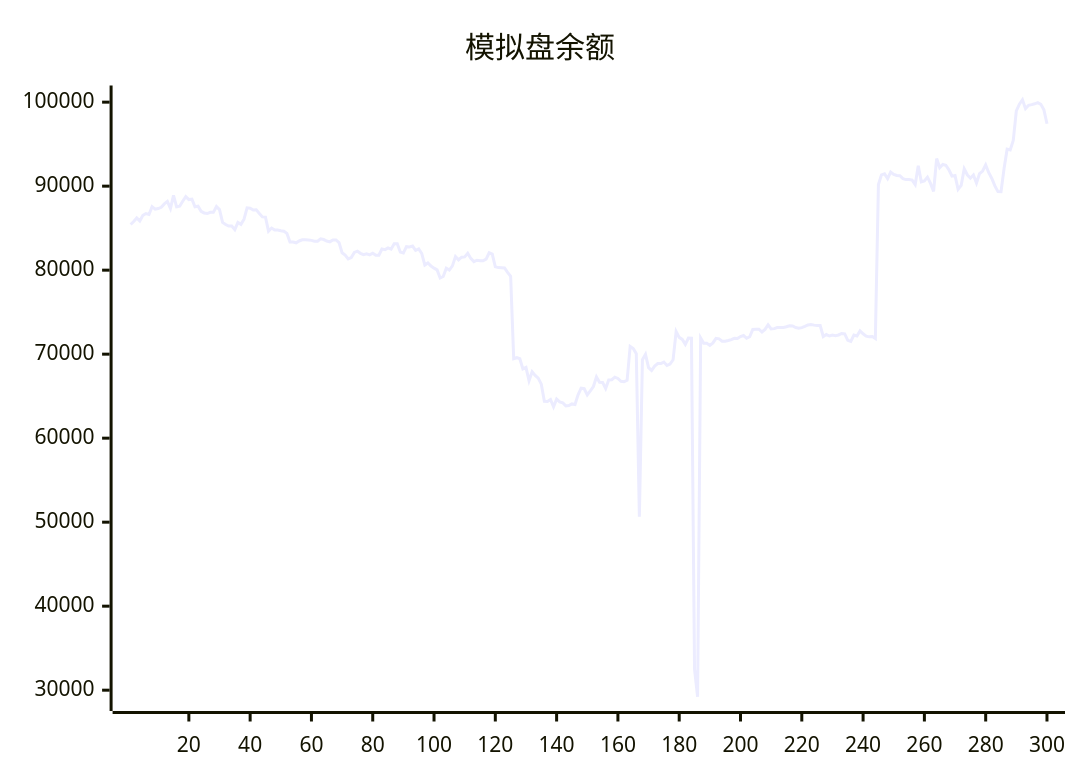
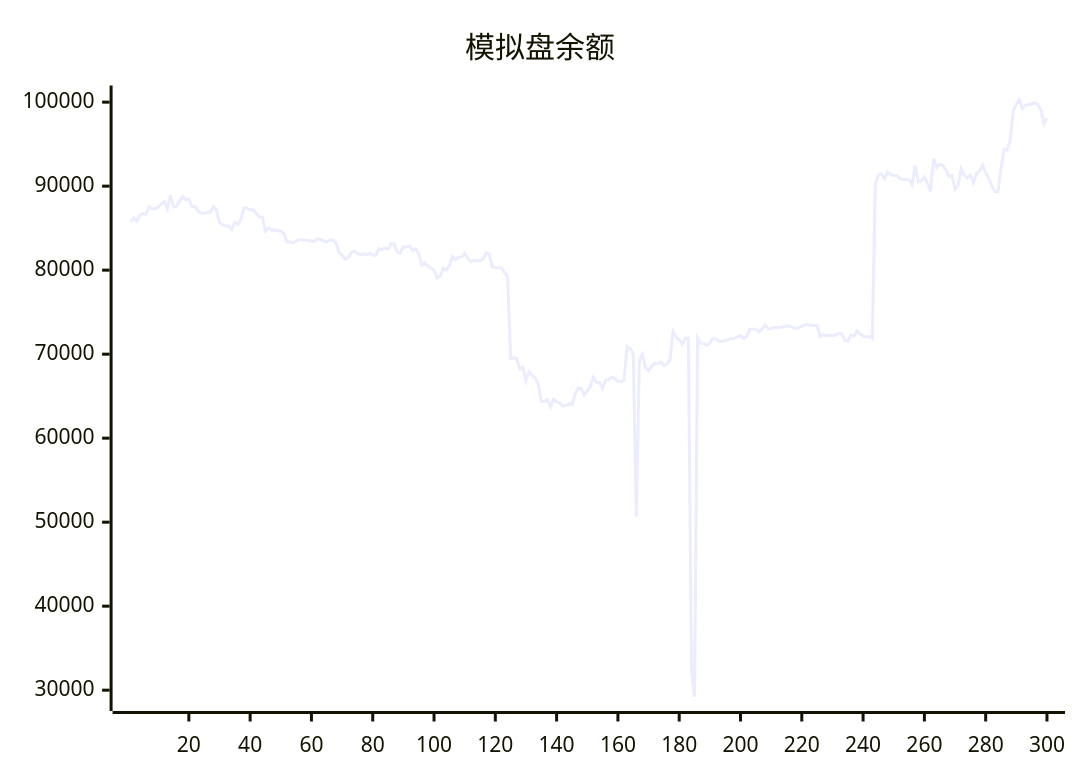
One commit to aahl/ai-trading changed the diagram in README.md. Above: the diagram before and after it, drawn with Mermaid. The commit also changed other lines of this file and 1 other file, not shown here.

````diff
--- a/README.md
+++ b/README.md
@@ -5,5 +5,5 @@
 ```mermaid
 xychart
     title "模拟盘余额"
-    line [85437,85787,86219,85859,86526,86740,86630,87563,87264,87335,87483,87886,88180,87335,88894,87544,87608,88207,88755,88401,88444,87543,87608,87000,86810,86740,86894,86884,87576,87209,85686,85435,85251,85255,84820,85689,85453,86066,87420,87373,87161,87178,86740,86341,86315,84643,85012,84772,84768,84690,84635,84376,83360,83357,83259,83474,83608,83606,83602,83548,83440,83454,83724,83644,83464,83365,83590,83592,83275,82072,81806,81344,81492,82109,82254,82006,81848,81955,81829,82022,81769,81776,82522,82441,82656,82498,83144,83144,82150,82038,82797,82763,82872,82367,82536,81981,80612,80862,80484,80242,80034,79063,79245,80226,80016,80507,81625,81233,81544,81578,82016,81401,81019,81186,81130,81118,81306,82066,81909,80392,80304,80291,80258,79729,79261,69466,69579,69456,68251,68415,66832,67911,67462,67144,66432,64380,64375,64606,63740,64647,64324,64216,63842,63877,64078,64008,65156,65945,65888,65157,65625,66144,67284,66653,66639,65924,66925,66956,67263,67108,66766,66729,66886,70927,70673,70049,50652,69334,69973,68400,68061,68578,68876,68879,69055,68662,68822,69329,72687,71999,71760,71162,71911,71896,32500,29218,71927,71297,71305,71044,71337,71883,71822,71536,71536,71622,71723,71880,71860,72100,72216,71887,72077,72940,72976,72966,72638,72948,73497,73004,73041,73173,73160,73186,73258,73375,73351,73173,73098,73161,73305,73474,73536,73457,73413,73412,72100,72333,72164,72272,72204,72285,72461,72421,71652,71521,72267,72157,72774,72424,72144,72060,72091,71858,90185,91338,91466,90900,91678,91404,91268,91244,90903,90779,90787,90721,90187,92429,90518,90619,91070,90328,89376,93286,92202,92581,92485,91947,91196,91259,89619,90086,92063,91355,90950,91327,90373,91498,91800,92531,91603,90910,90031,89351,89334,92097,94406,94315,95455,98972,99763,100286,99229,99622,99701,99805,99938,99738,99082,97430]
+    line [85787,86219,85859,86526,86740,86630,87563,87264,87335,87483,87886,88180,87335,88894,87544,87608,88207,88755,88401,88444,87543,87608,87000,86810,86740,86894,86884,87576,87209,85686,85435,85251,85255,84820,85689,85453,86066,87420,87373,87161,87178,86740,86341,86315,84643,85012,84772,84768,84690,84635,84376,83360,83357,83259,83474,83608,83606,83602,83548,83440,83454,83724,83644,83464,83365,83590,83592,83275,82072,81806,81344,81492,82109,82254,82006,81848,81955,81829,82022,81769,81776,82522,82441,82656,82498,83144,83144,82150,82038,82797,82763,82872,82367,82536,81981,80612,80862,80484,80242,80034,79063,79245,80226,80016,80507,81625,81233,81544,81578,82016,81401,81019,81186,81130,81118,81306,82066,81909,80392,80304,80291,80258,79729,79261,69466,69579,69456,68251,68415,66832,67911,67462,67144,66432,64380,64375,64606,63740,64647,64324,64216,63842,63877,64078,64008,65156,65945,65888,65157,65625,66144,67284,66653,66639,65924,66925,66956,67263,67108,66766,66729,66886,70927,70673,70049,50652,69334,69973,68400,68061,68578,68876,68879,69055,68662,68822,69329,72687,71999,71760,71162,71911,71896,32500,29218,71927,71297,71305,71044,71337,71883,71822,71536,71536,71622,71723,71880,71860,72100,72216,71887,72077,72940,72976,72966,72638,72948,73497,73004,73041,73173,73160,73186,73258,73375,73351,73173,73098,73161,73305,73474,73536,73457,73413,73412,72100,72333,72164,72272,72204,72285,72461,72421,71652,71521,72267,72157,72774,72424,72144,72060,72091,71858,90185,91338,91466,90900,91678,91404,91268,91244,90903,90779,90787,90721,90187,92429,90518,90619,91070,90328,89376,93286,92202,92581,92485,91947,91196,91259,89619,90086,92063,91355,90950,91327,90373,91498,91800,92531,91603,90910,90031,89351,89334,92097,94406,94315,95455,98972,99763,100286,99229,99622,99701,99805,99938,99738,99082,97430,98094]
 ```
````
